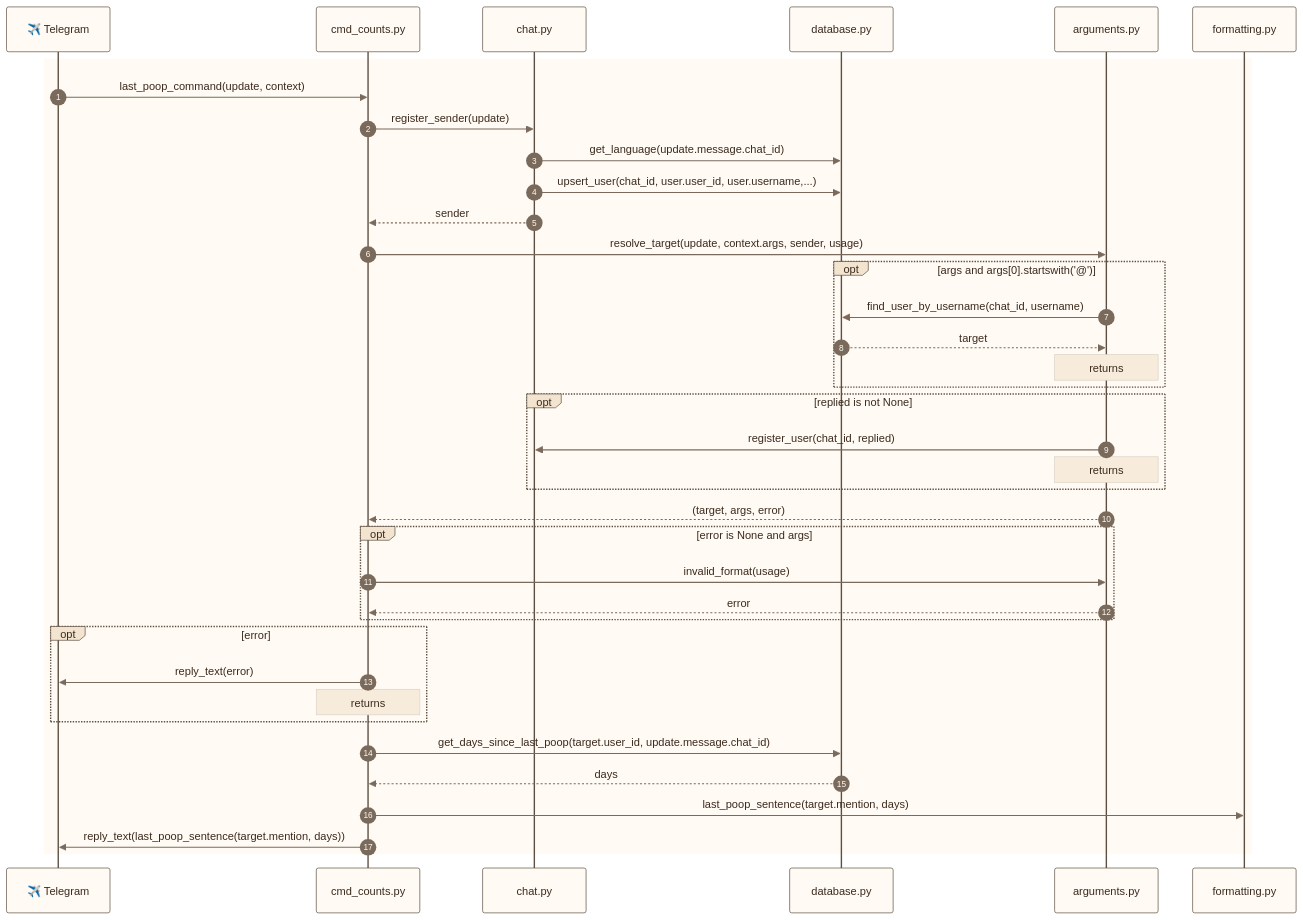
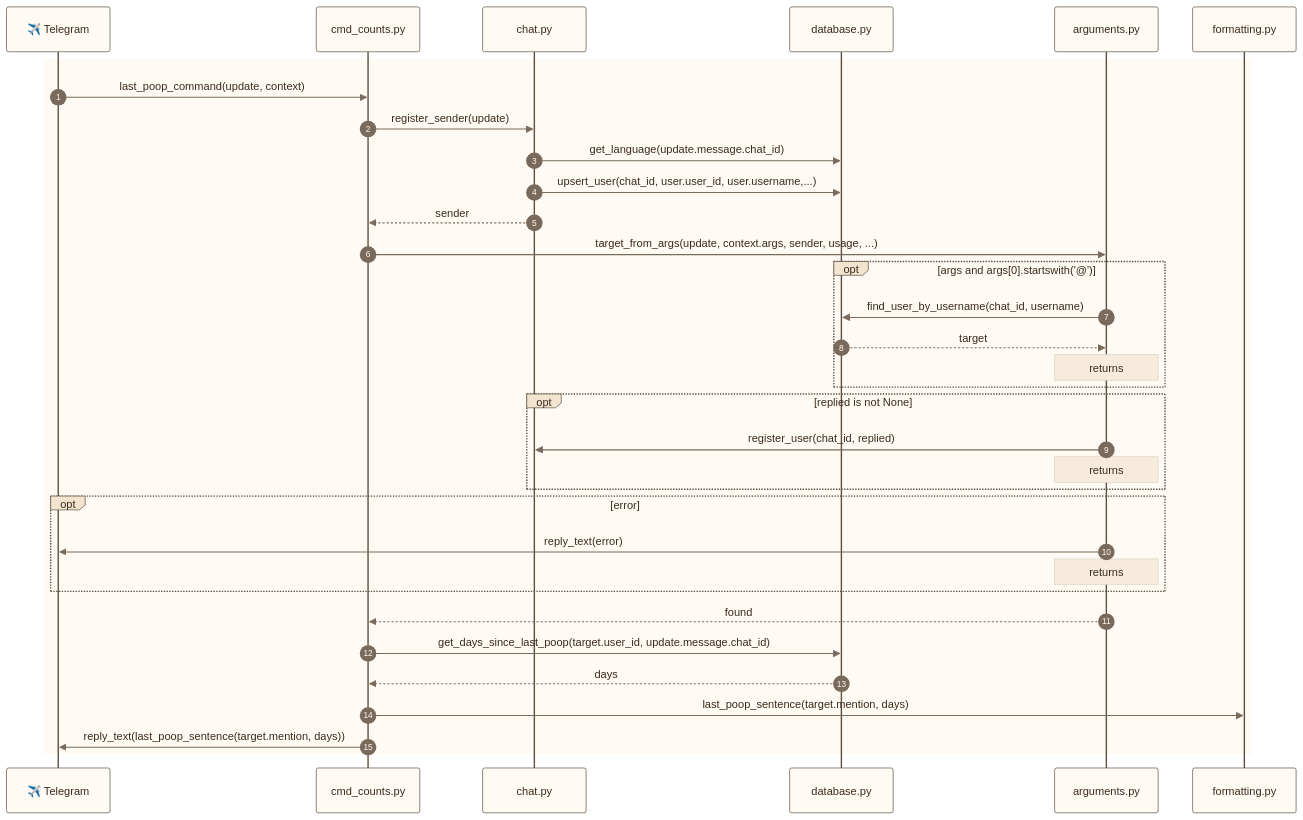
One commit to francescoperrino/Caccometro changed diagram 22 of 42 in docs/use_cases.md. Above: the diagram before and after it, drawn with Mermaid. The commit also changed other lines of this file and 9 other files, not shown here.

````diff
--- a/docs/use_cases.md
+++ b/docs/use_cases.md
@@ -1899,71 +1932,67 @@
 ```mermaid
 ---
 config:
   theme: base
   themeVariables:
     fontFamily: "Nunito, Segoe UI, Roboto, sans-serif"
     primaryColor: "#fffaf3"
     primaryTextColor: "#3b2a1e"
     primaryBorderColor: "#eadccb"
     secondaryColor: "#f7ecdc"
     tertiaryColor: "#f3e4d0"
     lineColor: "#7a6a5c"
     textColor: "#3b2a1e"
     edgeLabelBackground: "#fffaf3"
     clusterBkg: "#f3e4d0"
     clusterBorder: "#cbbca9"
     titleColor: "#5c4f42"
     noteBkgColor: "#f7ecdc"
     noteTextColor: "#3b2a1e"
     actorBkg: "#fffaf3"
     actorBorder: "#5c4f42"
     actorTextColor: "#3b2a1e"
     signalColor: "#7a6a5c"
     signalTextColor: "#3b2a1e"
     labelBoxBkgColor: "#f3e4d0"
     loopTextColor: "#3b2a1e"
     sequenceNumberColor: "#fffaf3"
     xyChart:
       plotColorPalette: "#2f4f8f"
 ---
 sequenceDiagram
     accTitle: Sequence diagram, /last_poop (/ultima_cacca)
     accDescr: The calls between the modules in time order, starting from cmd_counts.last_poop_command
     autonumber
     participant telegram as ✈️ Telegram
     participant cmd_counts as cmd_counts.py
     participant chat as chat.py
     participant database as database.py
     participant arguments as arguments.py
     participant formatting as formatting.py
     rect rgb(255, 250, 243)
         telegram->>cmd_counts: last_poop_command(update, context)
         cmd_counts->>chat: register_sender(update)
         chat->>database: get_language(update.message.chat_id)
         chat->>database: upsert_user(chat_id, user.user_id, user.username,...)
         chat-->>cmd_counts: sender
-        cmd_counts->>arguments: resolve_target(update, context.args, sender, usage)
+        cmd_counts->>arguments: target_from_args(update, context.args, sender, usage, ...)
         opt args and args[0].startswith('@')
             arguments->>database: find_user_by_username(chat_id, username)
             database-->>arguments: target
             Note over arguments: returns
         end
         opt replied is not None
             arguments->>chat: register_user(chat_id, replied)
             Note over arguments: returns
         end
-        arguments-->>cmd_counts: (target, args, error)
-        opt error is None and args
-            cmd_counts->>arguments: invalid_format(usage)
-            arguments-->>cmd_counts: error
+        opt error
+            arguments->>telegram: reply_text(error)
+            Note over arguments: returns
         end
-        opt error
-            cmd_counts->>telegram: reply_text(error)
-            Note over cmd_counts: returns
-        end
+        arguments-->>cmd_counts: found
         cmd_counts->>database: get_days_since_last_poop(target.user_id, update.message.chat_id)
         database-->>cmd_counts: days
         cmd_counts->>formatting: last_poop_sentence(target.mention, days)
         cmd_counts->>telegram: reply_text(last_poop_sentence(target.mention, days))
     end
 ```
````
